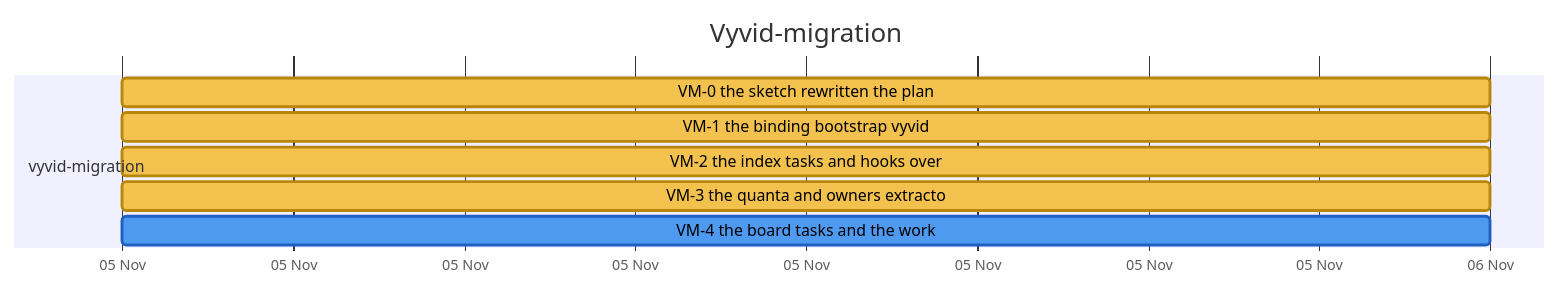
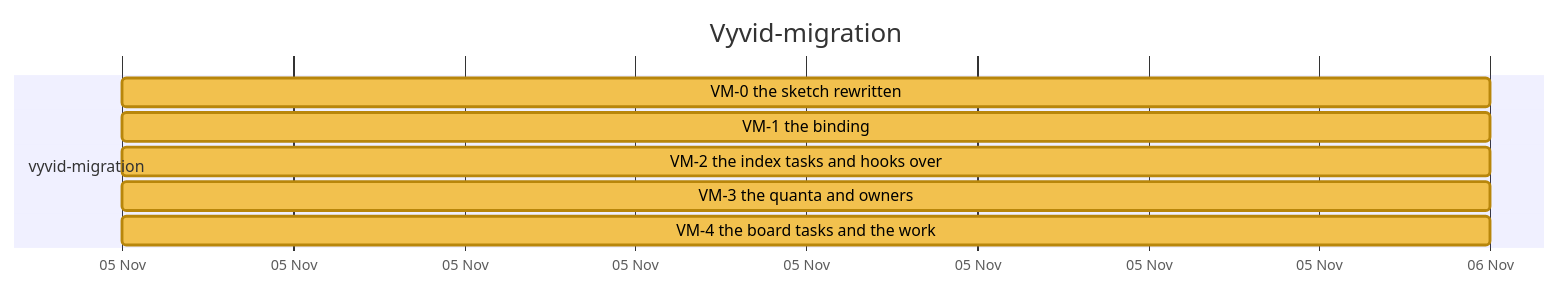
Diagram 14 of 26 in docs/developer/ROADMAP.md (nebularis/lattice), drawn with Mermaid before and after one commit. The commit also changed other lines of this file and 7 other files, not shown here.

First line of the commit message:
Pin Vyvid v0.2.7: the GIT_DIR workaround removed, TD-143 and TD-144 closed, the roadmap regenerated

````diff
--- a/docs/developer/ROADMAP.md
+++ b/docs/developer/ROADMAP.md
@@ -416,13 +416,13 @@
 ```mermaid
 %%{init: {"themeVariables": {"taskBkgColor": "#f2c14e", "taskBorderColor": "#b8860b", "taskTextColor": "#000000", "activeTaskBkgColor": "#4e9af1", "activeTaskBorderColor": "#1f5fbf", "activeTaskBorderColor": "#1f5fbf", "doneTaskBkgColor": "#8fcf8f", "doneTaskBorderColor": "#2f7d32", "critBkgColor": "#f28b82", "critBorderColor": "#b23a30", "taskTextDarkColor": "#000000", "taskTextLightColor": "#000000"}}}%%
 gantt
     title Vyvid-migration
     dateFormat YYYY-MM-DD
     axisFormat %d %b
     section vyvid-migration
-    VM-0 the sketch rewritten the plan :vm0, 2026-11-05, 2026-11-06
-    VM-1 the binding bootstrap vyvid :vm1, 2026-11-05, 2026-11-06
+    VM-0 the sketch rewritten :vm0, 2026-11-05, 2026-11-06
+    VM-1 the binding :vm1, 2026-11-05, 2026-11-06
     VM-2 the index tasks and hooks over :vm2, 2026-11-05, 2026-11-06
-    VM-3 the quanta and owners extracto :vm3, 2026-11-05, 2026-11-06
-    VM-4 the board tasks and the work :active, vm4, 2026-11-05, 2026-11-06
+    VM-3 the quanta and owners :vm3, 2026-11-05, 2026-11-06
+    VM-4 the board tasks and the work :vm4, 2026-11-05, 2026-11-06
 ```
````
